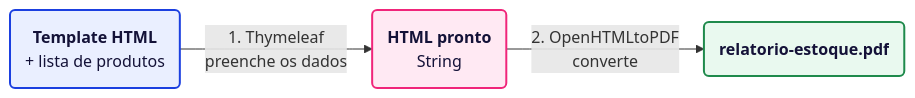
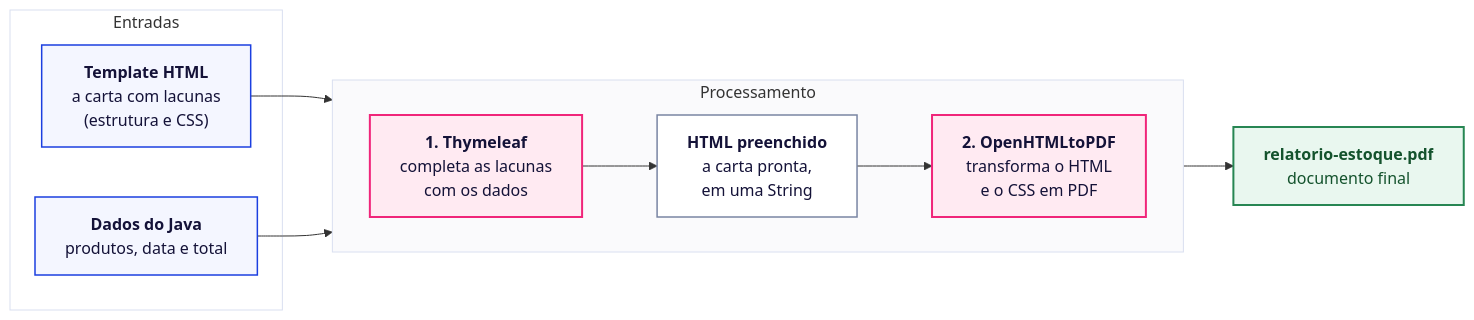
Before and after one commit to SPTECH-LP/geracao-pdf-thymeleaf: the diagram in README.md, drawn with Mermaid. The commit also changed other lines of this file, not shown here.

````diff
--- a/README.md
+++ b/README.md
@@ -19,12 +37,34 @@
 ```mermaid
 flowchart LR
-    A("<b>Template HTML</b><br/>+ lista de produtos") -- " 1. Thymeleaf<br/>preenche os dados " --> B("<b>HTML pronto</b><br/>String")
-    B -- " 2. OpenHTMLtoPDF<br/>converte " --> C("<b>relatorio-estoque.pdf</b>")
+    subgraph ENTRADAS["Entradas"]
+        HTML["<b>Template HTML</b><br/>a carta com lacunas<br/>(estrutura e CSS)"]
+        DADOS["<b>Dados do Java</b><br/>produtos, data e total"]
+    end
 
-    classDef entrada fill:#eaefff,stroke:#1B3FE0,stroke-width:2px,color:#141238
-    classDef meio fill:#ffe9f3,stroke:#F0257A,stroke-width:2px,color:#141238
-    classDef saida fill:#e9f9ef,stroke:#1f8a4c,stroke-width:2px,color:#141238
-    class A entrada
-    class B meio
-    class C saida
+    subgraph PROCESSAMENTO["Processamento"]
+        direction LR
+        TH["<b>1. Thymeleaf</b><br/>completa as lacunas<br/>com os dados"]
+        RESULTADO["<b>HTML preenchido</b><br/>a carta pronta,<br/>em uma String"]
+        PDF["<b>2. OpenHTMLtoPDF</b><br/>transforma o HTML<br/>e o CSS em PDF"]
+        TH --> RESULTADO --> PDF
+    end
+
+    ARQUIVO["<b>relatorio-estoque.pdf</b><br/>documento final"]
+
+    HTML --> TH
+    DADOS --> TH
+    PDF --> ARQUIVO
+
+    classDef entrada fill:#F4F6FF,stroke:#1B3FE0,stroke-width:1.5px,color:#141238
+    classDef etapa fill:#FFEAF2,stroke:#F0257A,stroke-width:2px,color:#141238
+    classDef intermediario fill:#FFFFFF,stroke:#7985A3,stroke-width:1.5px,color:#141238
+    classDef saida fill:#E9F7EF,stroke:#278653,stroke-width:2px,color:#14532D
+
+    class HTML,DADOS entrada
+    class TH,PDF etapa
+    class RESULTADO intermediario
+    class ARQUIVO saida
+
+    style ENTRADAS fill:#FFFFFF,stroke:#D9DFF0,stroke-width:1px
+    style PROCESSAMENTO fill:#FAFAFC,stroke:#D9DFF0,stroke-width:1px
 ```
````
